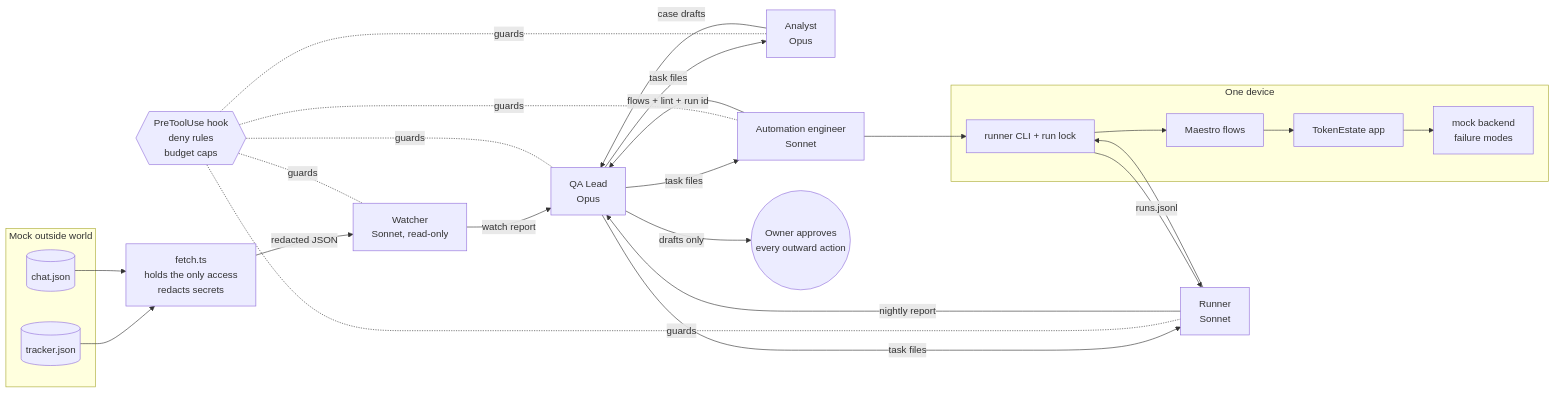
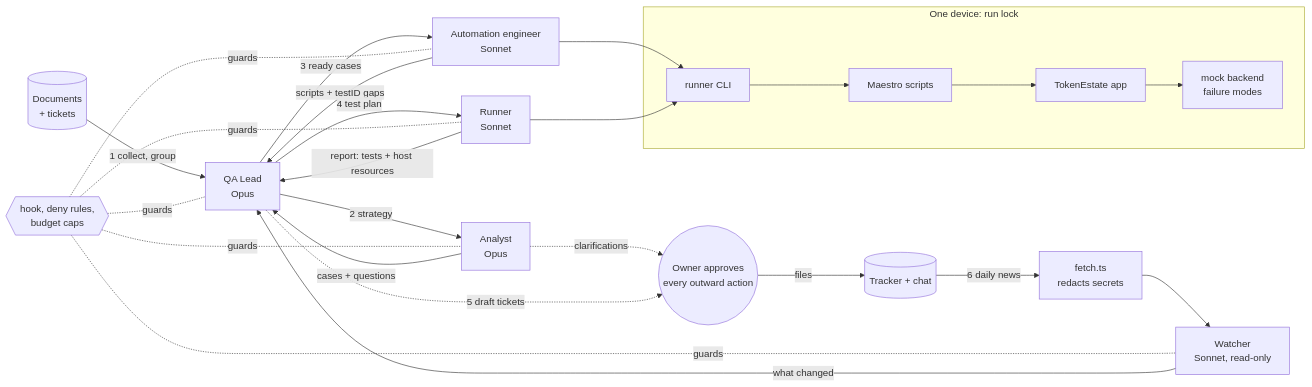
The diagram in README.md (huseyinozturk/agentic-qa-team-demo), drawn with Mermaid before and after one commit. The commit also changed other lines of this file and 125 other files, not shown here.

````diff
--- a/README.md
+++ b/README.md
@@ -34,32 +39,26 @@
 ```mermaid
 flowchart LR
-  subgraph outside[Mock outside world]
-    T[(tracker.json)]
-    C[(chat.json)]
+  SRC[(Documents<br/>+ tickets)] -->|1 collect, group| L
+  L[QA Lead<br/>Opus] -->|2 strategy| A[Analyst<br/>Opus]
+  A -->|cases + questions| L
+  A -.->|clarifications| O((Owner approves<br/>every outward action))
+  L -->|3 ready cases| E[Automation engineer<br/>Sonnet]
+  E -->|scripts + testID gaps| L
+  L -->|4 test plan| R[Runner<br/>Sonnet]
+  R -->|report: tests + host resources| L
+  E --> DEV
+  R --> DEV
+  subgraph dev[One device: run lock]
+    DEV[runner CLI] --> M[Maestro scripts] --> APP[TokenEstate app] --> BE[mock backend<br/>failure modes]
   end
-  F[fetch.ts<br/>holds the only access<br/>redacts secrets]
-  T --> F
-  C --> F
-  F -->|redacted JSON| W[Watcher<br/>Sonnet, read-only]
-  W -->|watch report| L
-  L[QA Lead<br/>Opus] -->|task files| A[Analyst<br/>Opus]
-  L -->|task files| E[Automation engineer<br/>Sonnet]
-  L -->|task files| R[Runner<br/>Sonnet]
-  A -->|case drafts| L
-  E -->|flows + lint + run id| L
-  R -->|nightly report| L
-  E --> RUN
-  R --> RUN
-  subgraph dev[One device]
-    RUN[runner CLI + run lock] --> M[Maestro flows]
-    M --> APP[TokenEstate app]
-    APP --> BE[mock backend<br/>failure modes]
-  end
-  RUN -->|runs.jsonl| R
-  L -->|drafts only| O((Owner approves<br/>every outward action))
-  H{{PreToolUse hook<br/>deny rules<br/>budget caps}} -.guards.- W
-  H -.guards.- A
+  L -.->|5 draft tickets| O
+  O -->|files| TR[(Tracker + chat)]
+  TR -->|6 daily news| F[fetch.ts<br/>redacts secrets]
+  F --> W[Watcher<br/>Sonnet, read-only]
+  W -->|what changed| L
+  H{{hook, deny rules,<br/>budget caps}} -.guards.- A
   H -.guards.- E
   H -.guards.- R
+  H -.guards.- W
   H -.guards.- L
 ```
````
